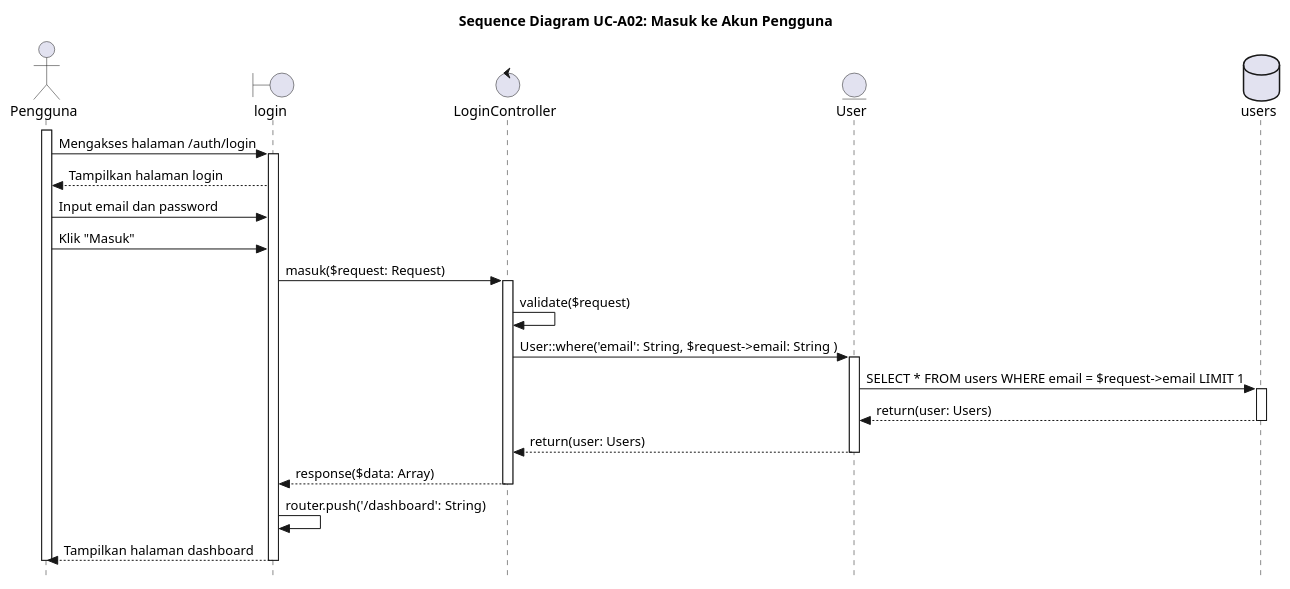
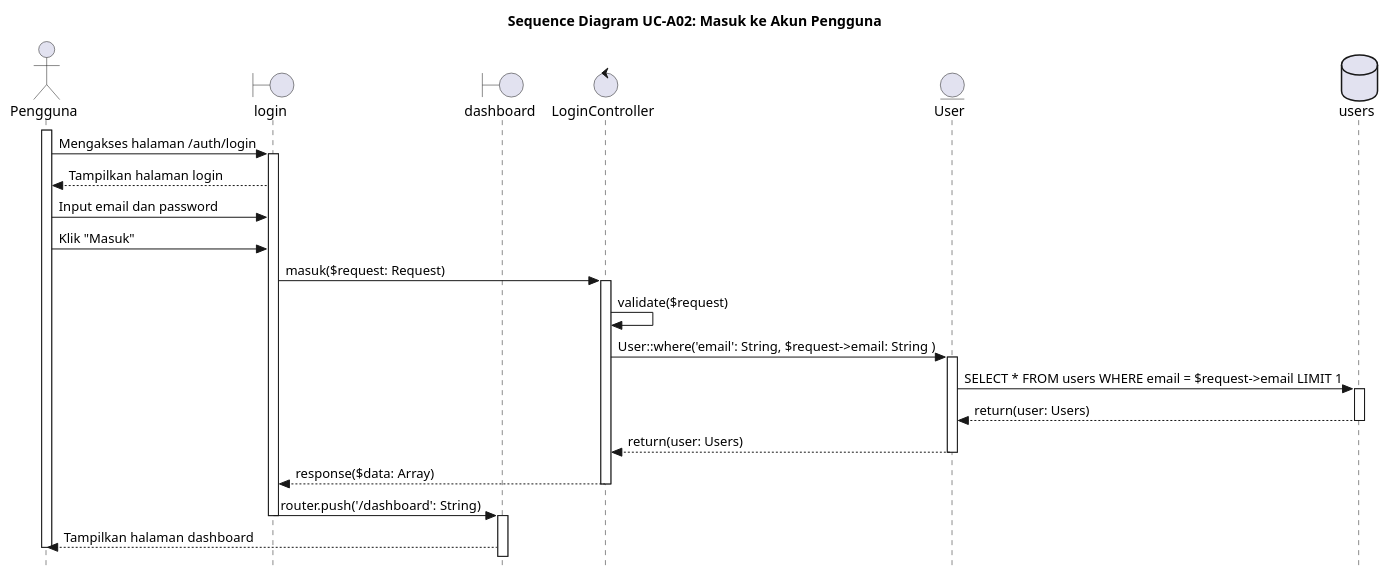
One commit to alfiahnurfa/RSI-PROYEK-AKHIR-SEQUENCE changed the diagram in UC-A02.PUML. Above: the diagram before and after it, drawn with PlantUML. The commit also changed 8 other files, not shown here.

Commit message:
fix bbrp sequence diagram

```diff
--- a/UC-A02.PUML
+++ b/UC-A02.PUML
@@ -1,46 +1,48 @@
 @startuml SD-UC-A02_Login
 title Sequence Diagram UC-A02: Masuk ke Akun Pengguna
 skinparam style strictuml
 
 actor Pengguna
 boundary login
+boundary dashboard
 control LoginController
 entity User
 database users
 
 activate Pengguna
 Pengguna -> login : Mengakses halaman /auth/login
 activate login
 
 login --> Pengguna : Tampilkan halaman login
 
 Pengguna -> login : Input email dan password
 
 Pengguna -> login : Klik "Masuk"
 
 login -> LoginController : masuk($request: Request)
 activate LoginController
 
 LoginController -> LoginController : validate($request)
 
 LoginController -> User : User::where('email': String, $request->email: String )
 activate User
 
 User -> users : SELECT * FROM users WHERE email = $request->email LIMIT 1
 activate users
 
 users --> User : return(user: Users)
 deactivate users
 
 User --> LoginController : return(user: Users)
 deactivate User
 
 LoginController --> login : response($data: Array)
 deactivate LoginController
 
-login -> login : router.push('/dashboard': String)
-login --> Pengguna : Tampilkan halaman dashboard
+login -> dashboard : router.push('/dashboard': String)
 deactivate login
+activate dashboard
+dashboard --> Pengguna : Tampilkan halaman dashboard
 deactivate Pengguna
 
 @enduml
```
